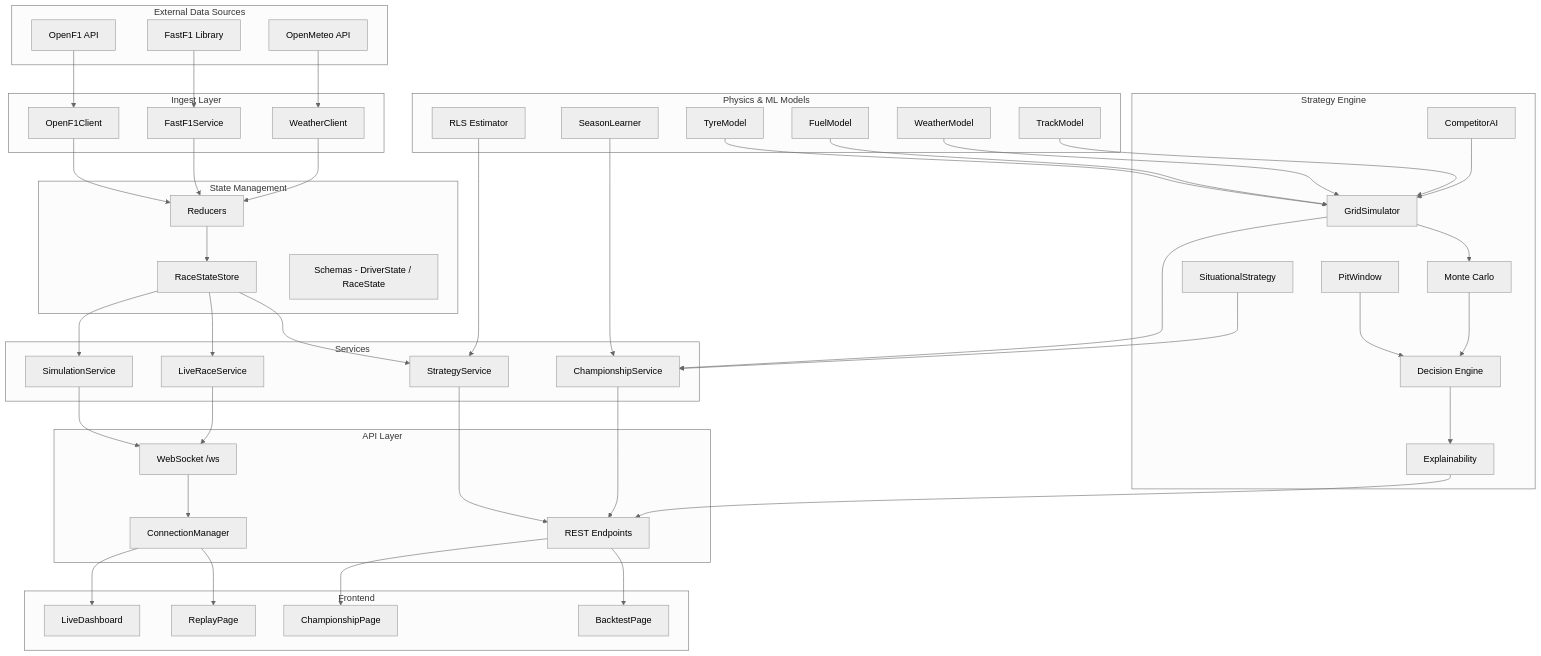
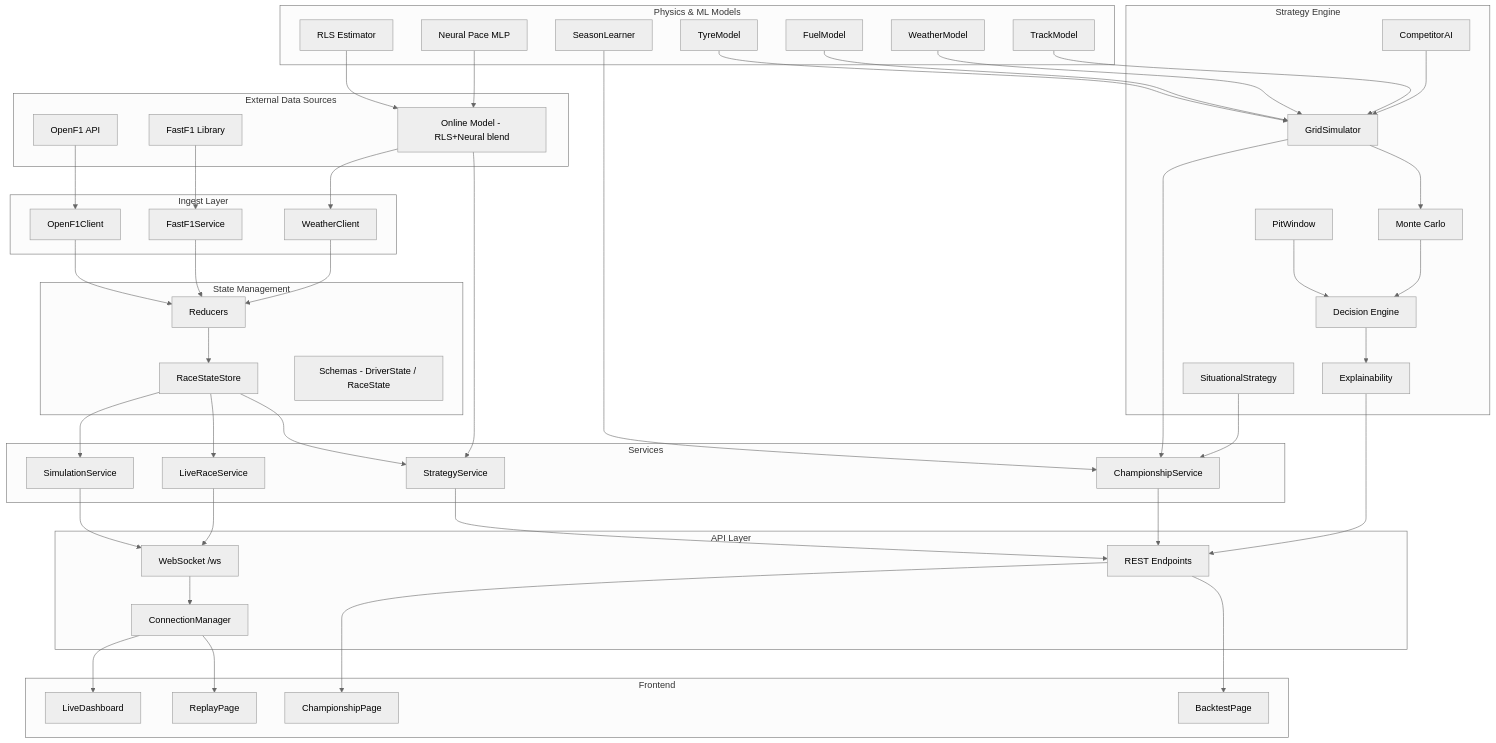
Before and after one commit to cagancaliskan/apex: the second of 9 diagrams in docs/ARCHITECTURE_DIAGRAMS.md, drawn with Mermaid (neutral theme). The commit also changed 98 other files, not shown here.

```diff
--- a/docs/ARCHITECTURE_DIAGRAMS.md
+++ b/docs/ARCHITECTURE_DIAGRAMS.md
@@ -60,6 +60,8 @@
         WM[WeatherModel]
         TRM[TrackModel]
         RLS[RLS Estimator]
+        NM[Neural Pace MLP]
+        OM[Online Model - RLS+Neural blend]
         SL[SeasonLearner]
     end
 
@@ -110,7 +112,9 @@
     FM --> GS
     WM --> GS
     TRM --> GS
-    RLS --> STS
+    RLS --> OM
+    NM --> OM
+    OM --> STS
     SL --> CHS
 
     GS --> MC
```
